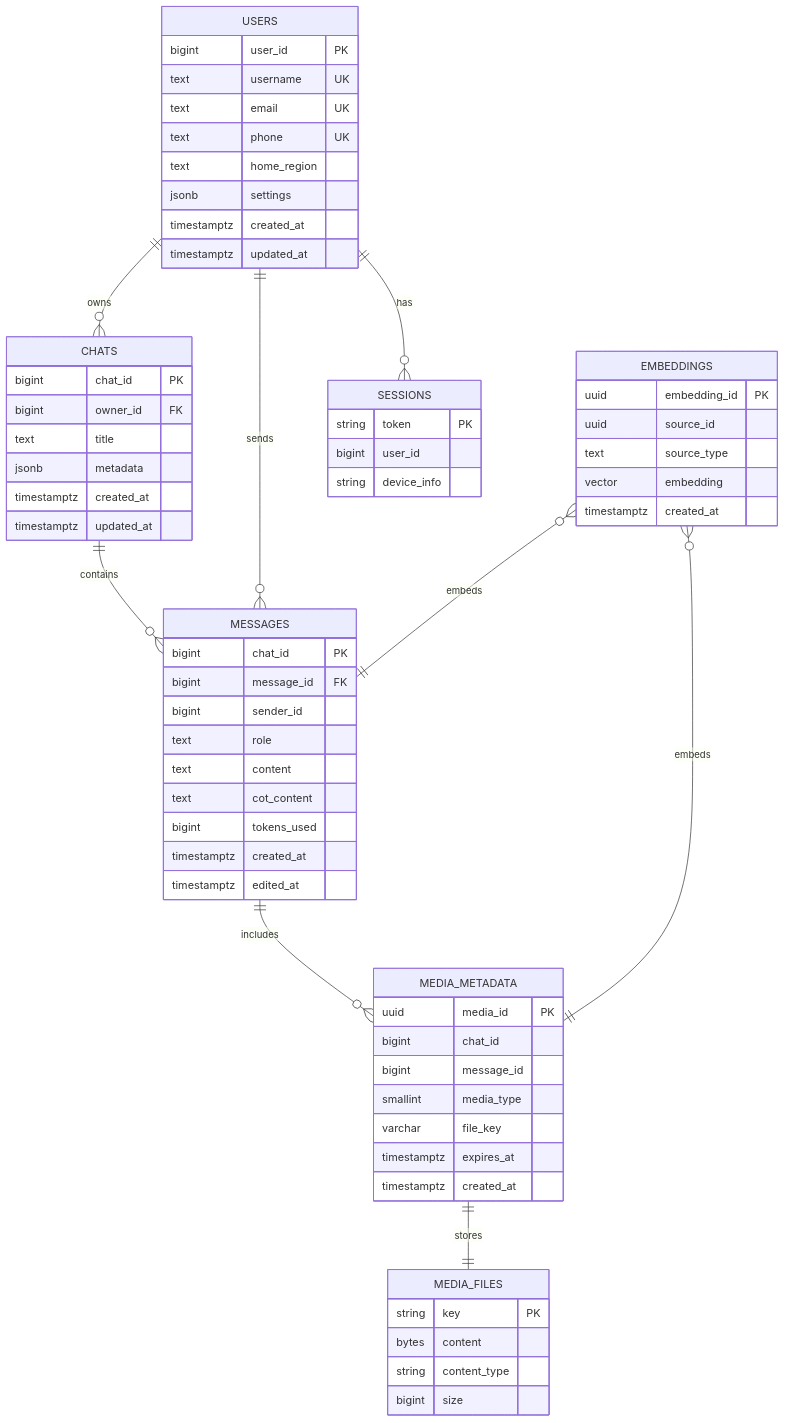
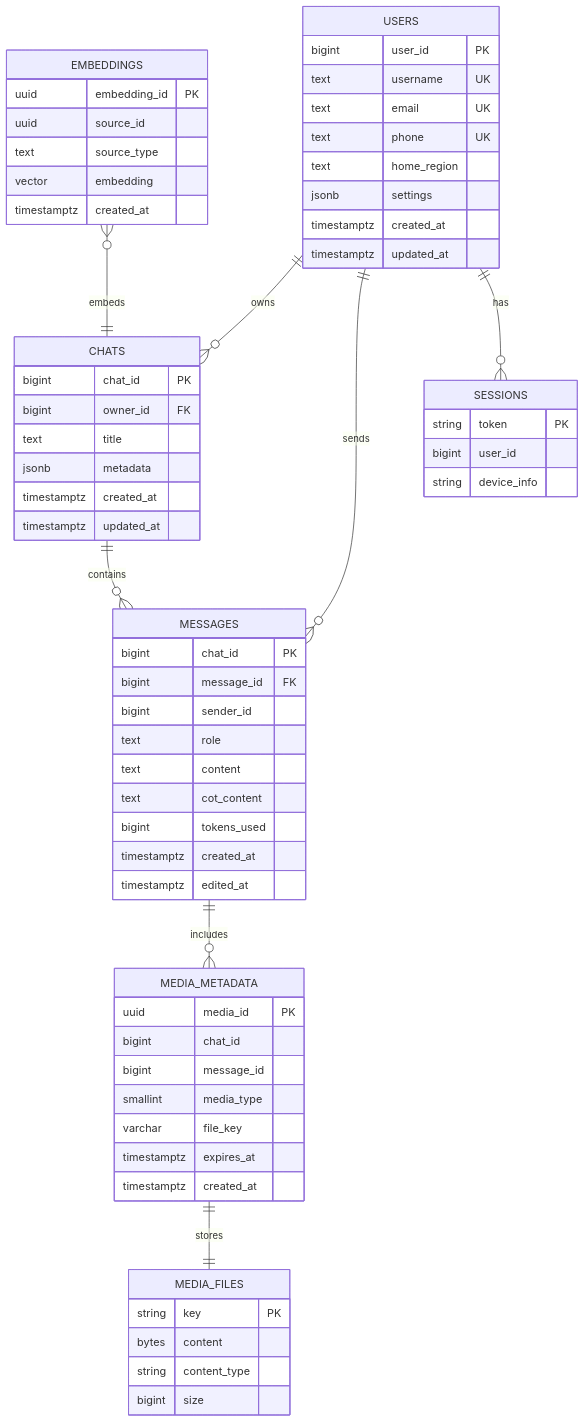
The second of 3 diagrams in README.md (gettingthingsdoneee/gemini_highload), drawn with Mermaid before and after one commit. The commit also changed other lines of this file, not shown here.

````diff
--- a/README.md
+++ b/README.md
@@ -517,75 +516,74 @@
 ```mermaid
 erDiagram
     USERS {
         bigint user_id PK
         text username UK
         text email UK
         text phone UK
         text home_region
         jsonb settings
         timestamptz created_at
         timestamptz updated_at
     }
 
     CHATS {
         bigint chat_id PK
         bigint owner_id FK
         text title
         jsonb metadata
         timestamptz created_at
         timestamptz updated_at
     }
 
     MEDIA_METADATA {
         uuid media_id PK
         bigint chat_id
         bigint message_id
         smallint media_type
         varchar file_key
         timestamptz expires_at
         timestamptz created_at
     }
 
     MESSAGES {
         bigint chat_id PK
         bigint message_id FK
         bigint sender_id
         text role
         text content
         text cot_content
         bigint tokens_used
         timestamptz created_at
         timestamptz edited_at
     }
 
     EMBEDDINGS {
         uuid embedding_id PK
         uuid source_id
         text source_type
         vector embedding
         timestamptz created_at
     }
 
     SESSIONS {
         string token PK
         bigint user_id
         string device_info
     }
 
     MEDIA_FILES {
         string key PK
         bytes content
         string content_type
         bigint size
     }
 
     USERS ||--o{ CHATS : owns
     CHATS ||--o{ MESSAGES : contains
     USERS ||--o{ MESSAGES : sends
     MESSAGES ||--o{ MEDIA_METADATA : includes
     MEDIA_METADATA ||--|| MEDIA_FILES : stores
     USERS ||--o{ SESSIONS : has
-    EMBEDDINGS }o--|| MESSAGES : embeds
-    EMBEDDINGS }o--|| MEDIA_METADATA : embeds
+    EMBEDDINGS }o--|| CHATS : embeds
 
 ```
````
